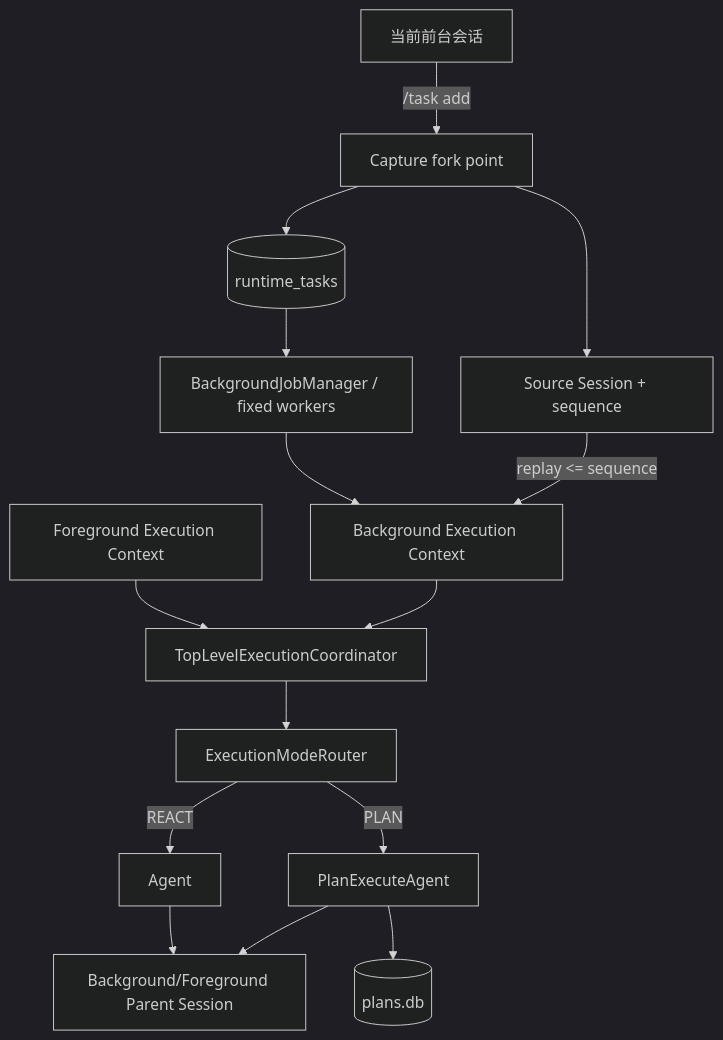
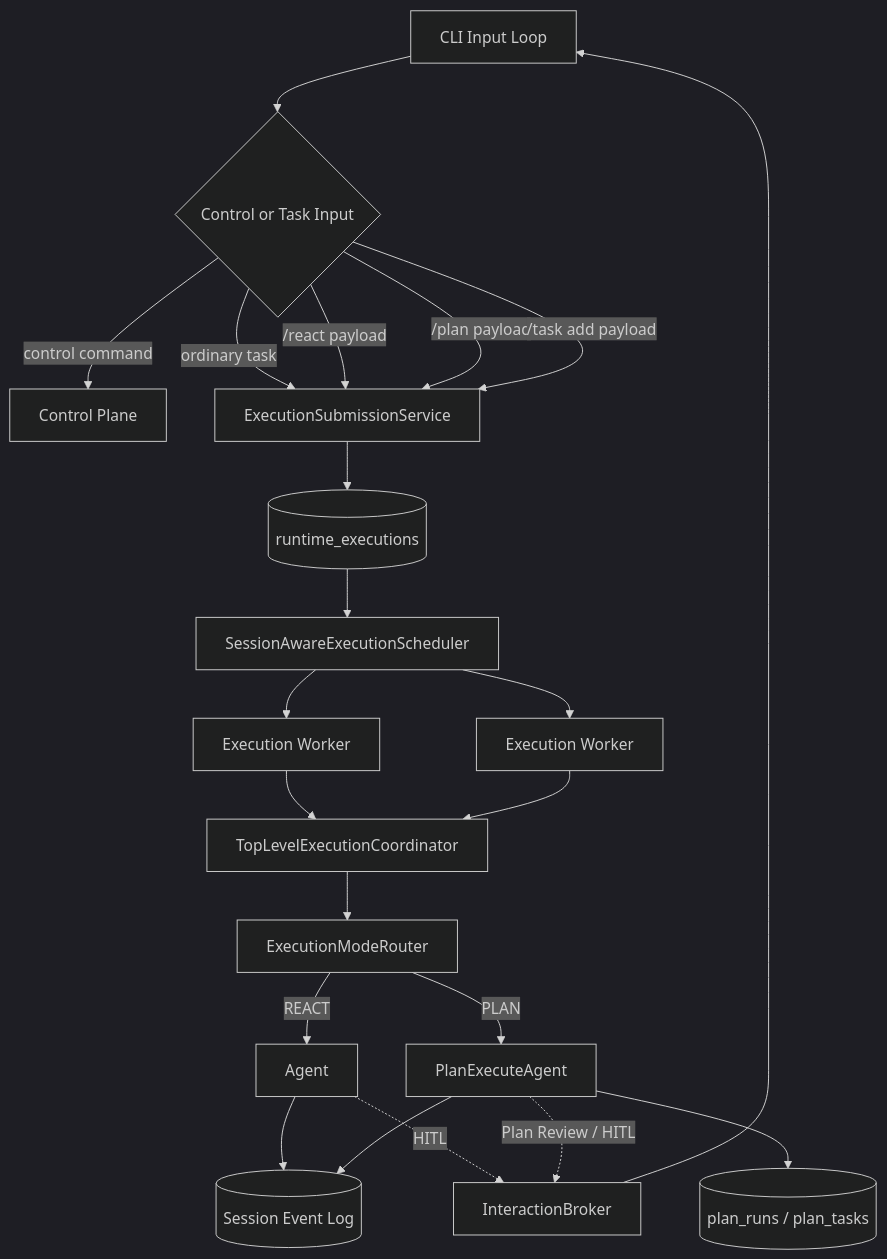
Before and after one commit to zgjdev/Code-Agent: the second of 4 diagrams in docs/dev/31-unified-background-execution-runtime.md, drawn with Mermaid (dark theme). The commit also changed other lines of this file, not shown here.

Commit message:
docs(runtime): unify top-level turns in durable execution queue

```diff
--- a/docs/dev/31-unified-background-execution-runtime.md
+++ b/docs/dev/31-unified-background-execution-runtime.md
@@ -353,21 +240,31 @@
 ~~~mermaid
 flowchart TB
-    U[当前前台会话] -->|/task add| CAP[Capture fork point]
-    CAP --> Q[(runtime_tasks)]
-    CAP --> SRC[Source Session + sequence]
+    I[CLI Input Loop] --> D{Control or Task Input}
 
-    Q --> WP[BackgroundJobManager / fixed workers]
-    WP --> BG[Background Execution Context]
-    SRC -->|replay <= sequence| BG
+    D -->|control command| CTRL[Control Plane]
+    D -->|ordinary task| SUB[ExecutionSubmissionService]
+    D -->|/react payload| SUB
+    D -->|/plan payload| SUB
+    D -->|/task add payload| SUB
 
-    FG[Foreground Execution Context] --> C[TopLevelExecutionCoordinator]
-    BG --> C
+    SUB --> DB[(runtime_executions)]
+    DB --> SCH[SessionAwareExecutionScheduler]
 
-    C --> MR[ExecutionModeRouter]
-    MR -->|REACT| RA[Agent]
-    MR -->|PLAN| PA[PlanExecuteAgent]
+    SCH --> W1[Execution Worker]
+    SCH --> W2[Execution Worker]
 
-    PA --> PS[(plans.db)]
-    RA --> BS[Background/Foreground Parent Session]
-    PA --> BS
+    W1 --> C[TopLevelExecutionCoordinator]
+    W2 --> C
+
+    C --> R[ExecutionModeRouter]
+    R -->|REACT| A[Agent]
+    R -->|PLAN| P[PlanExecuteAgent]
+
+    A --> S[(Session Event Log)]
+    P --> S
+    P --> PS[(plan_runs / plan_tasks)]
+
+    A -.HITL.-> IB[InteractionBroker]
+    P -.Plan Review / HITL.-> IB
+    IB --> I
 ~~~
```
